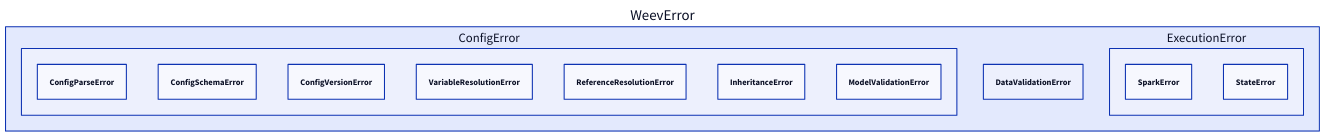
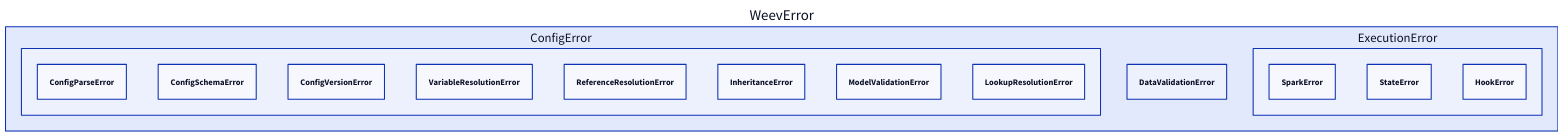
Before and after one commit to ardent-data/weevr: the diagram in docs/reference/api/errors.md, drawn with D2. The commit also changed other lines of this file and 18 other files, not shown here.

````diff
--- a/docs/reference/api/errors.md
+++ b/docs/reference/api/errors.md
@@ -23,20 +23,22 @@
 ```d2
 direction: down
 
 WeevError: WeevError {
   ConfigError: ConfigError {
     ConfigParseError
     ConfigSchemaError
     ConfigVersionError
     VariableResolutionError
     ReferenceResolutionError
     InheritanceError
     ModelValidationError
+    LookupResolutionError
   }
   ExecutionError: ExecutionError {
     SparkError
     StateError
+    HookError
   }
   DataValidationError
 }
 ```
````
